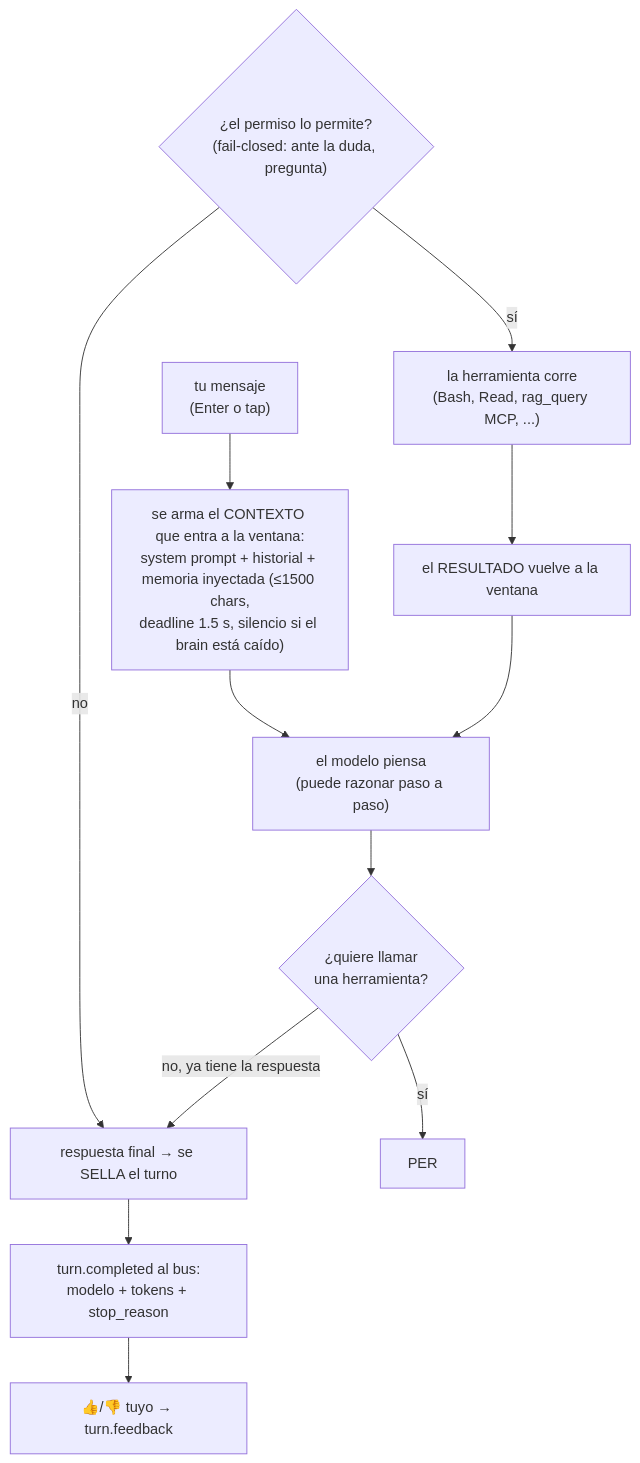
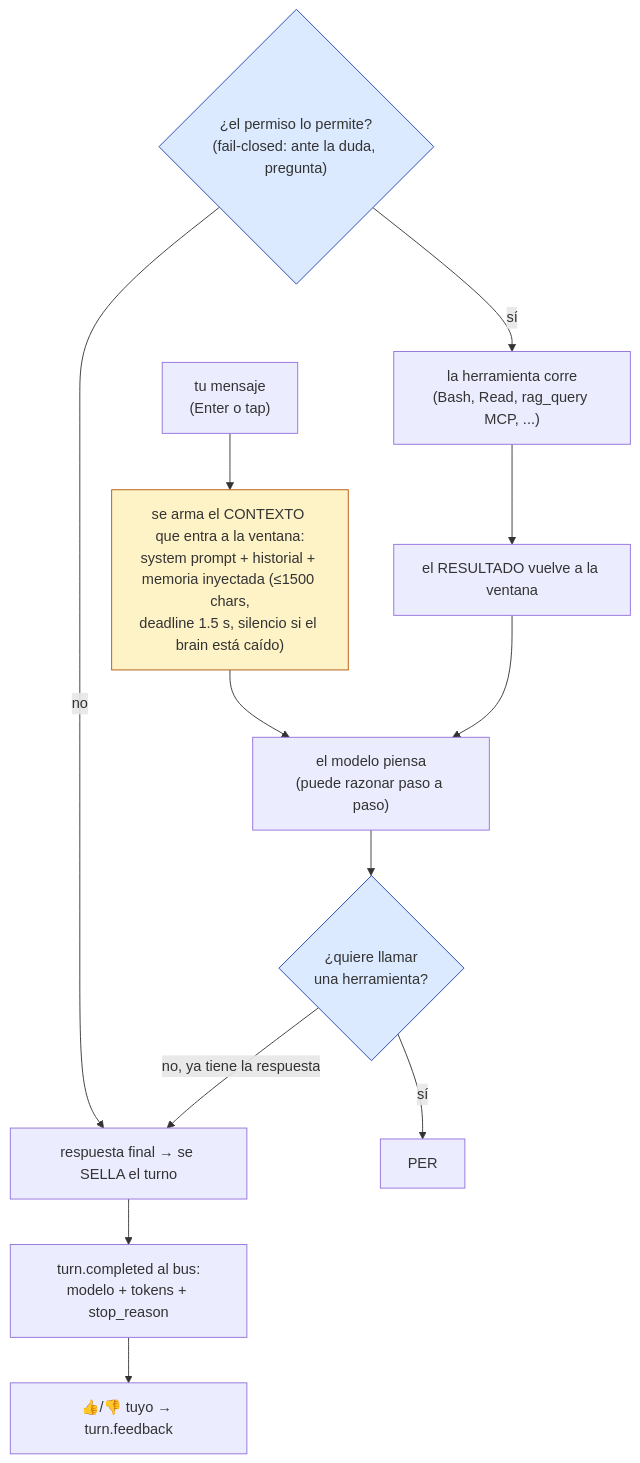
One commit to damian-rafael-lattenero/agent-brain changed the fifth of 7 diagrams in docs/ai-engineering-mapa-y-diccionario.md. Above: the diagram before and after it, drawn with Mermaid. The commit also changed other lines of this file, not shown here.

````diff
--- a/docs/ai-engineering-mapa-y-diccionario.md
+++ b/docs/ai-engineering-mapa-y-diccionario.md
@@ -336,20 +379,25 @@
 ```mermaid
 flowchart TB
     PROMPT["tu mensaje<br/>(Enter o tap)"]
     CTX["se arma el CONTEXTO que entra a la ventana:<br/>system prompt + historial + memoria inyectada (≤1500 chars,<br/>deadline 1.5 s, silencio si el brain está caído)"]
     MODEL["el modelo piensa<br/>(puede razonar paso a paso)"]
     DEC{"¿quiere llamar<br/>una herramienta?"}
     PERM{"¿el permiso lo permite?<br/>(fail-closed: ante la duda, pregunta)"}
     TOOL["la herramienta corre<br/>(Bash, Read, rag_query MCP, ...)"]
     BACK["el RESULTADO vuelve a la ventana"]
     SEAL["respuesta final → se SELLA el turno"]
     EVENTS["turn.completed al bus:<br/>modelo + tokens + stop_reason"]
     FEED["👍/👎 tuyo → turn.feedback"]
 
     PROMPT --> CTX --> MODEL --> DEC
     DEC -->|"sí"| PER
     PERM -->|"sí"| TOOL --> BACK --> MODEL
     PERM -->|"no"| SEAL
     DEC -->|"no, ya tiene la respuesta"| SEAL
     SEAL --> EVENTS --> FEED
+
+    classDef ctx fill:#fef3c7,stroke:#b45309
+    classDef decision fill:#dbeafe,stroke:#1e40af
+    class CTX ctx
+    class DEC,PERM decision
 ```
````
